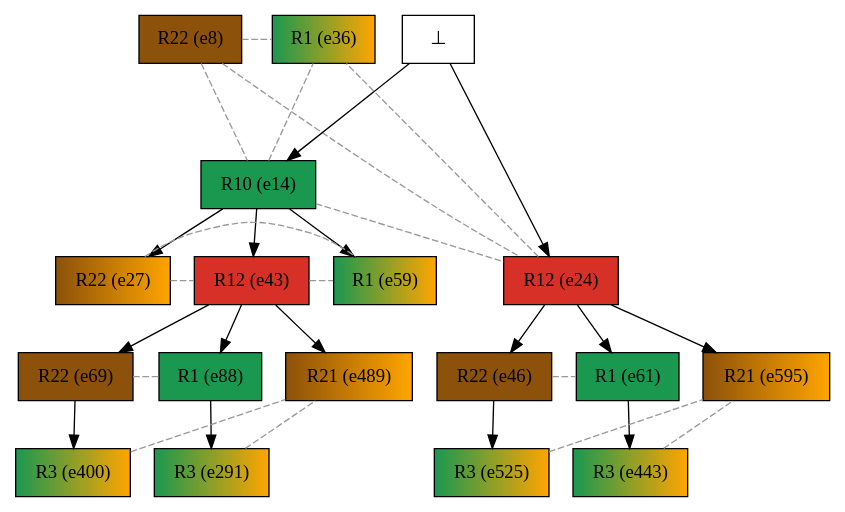
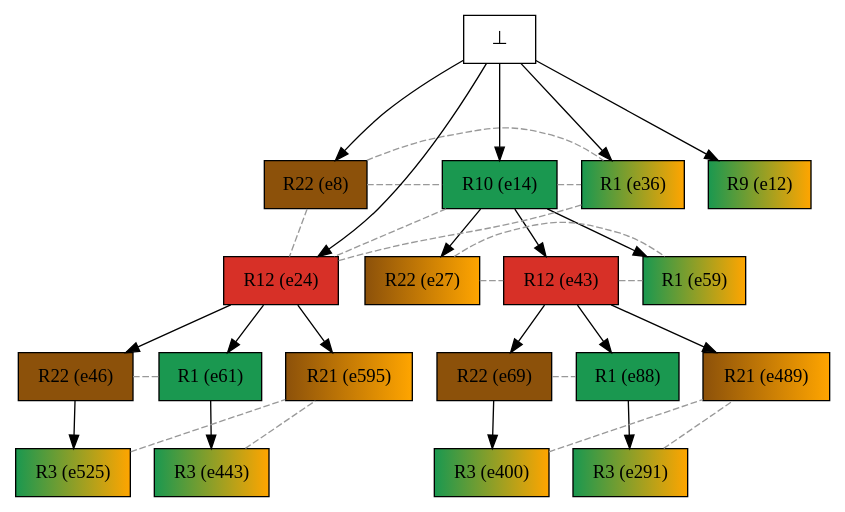
Before and after one commit to giannkas/ecofolder: the diagram in examples/oursin_tasmanie/mrk_instances/urc2alg+/sorted/tasmanie_urc2alg_19-30confs/tasmanie_urc2alg_19-30confs_colored_pathway.dot, drawn with Graphviz. The commit also changed 36 other files, not shown here.

```diff
--- a/examples/oursin_tasmanie/mrk_instances/urc2alg+/sorted/tasmanie_urc2alg_19-30confs/tasmanie_urc2alg_19-30confs_colored_pathway.dot
+++ b/examples/oursin_tasmanie/mrk_instances/urc2alg+/sorted/tasmanie_urc2alg_19-30confs/tasmanie_urc2alg_19-30confs_colored_pathway.dot
@@ -1,54 +1,58 @@
 digraph test {
 
 //conflicts
   e8 -> e14 [arrowhead=none color=gray60 style=dashed constraint=false];
   e8 -> e24 [arrowhead=none color=gray60 style=dashed constraint=false];
   e8 -> e36 [arrowhead=none color=gray60 style=dashed constraint=false];
   e14 -> e24 [arrowhead=none color=gray60 style=dashed constraint=false];
   e14 -> e36 [arrowhead=none color=gray60 style=dashed constraint=false];
   e24 -> e36 [arrowhead=none color=gray60 style=dashed constraint=false];
   e27 -> e43 [arrowhead=none color=gray60 style=dashed constraint=false];
   e27 -> e59 [arrowhead=none color=gray60 style=dashed constraint=false];
   e43 -> e59 [arrowhead=none color=gray60 style=dashed constraint=false];
   e46 -> e61 [arrowhead=none color=gray60 style=dashed constraint=false];
   e69 -> e88 [arrowhead=none color=gray60 style=dashed constraint=false];
   e291 -> e489 [arrowhead=none color=gray60 style=dashed constraint=false];
   e400 -> e489 [arrowhead=none color=gray60 style=dashed constraint=false];
   e443 -> e595 [arrowhead=none color=gray60 style=dashed constraint=false];
   e525 -> e595 [arrowhead=none color=gray60 style=dashed constraint=false];
 
   e14 -> e27 [minlen=1];
   e14 -> e59 [minlen=1];
   e88 -> e291 [minlen=1];
   e43 -> e88 [minlen=1];
   e14 -> e43 [minlen=1];
   e69 -> e400 [minlen=1];
   e43 -> e69 [minlen=1];
   e61 -> e443 [minlen=1];
   e24 -> e61 [minlen=1];
   e43 -> e489 [minlen=1];
   e46 -> e525 [minlen=1];
   e24 -> e46 [minlen=1];
   e24 -> e595 [minlen=1];
+  e0 -> e8 [minlen=2];
+  e0 -> e12 [minlen=2];
   e0 -> e14 [minlen=2];
   e0 -> e24 [minlen=3];
+  e0 -> e36 [minlen=2];
 
   e8 [color="black" fillcolor="#8c510a:#8c510a" label="R22 (e8)" shape=box style=filled];
+  e12 [color="black" fillcolor="#1a9850:orange" label="R9 (e12)" shape=box style=filled];
   e14 [color="black" fillcolor="#1a9850:#1a9850" label="R10 (e14)" shape=box style=filled];
   e24 [color="black" fillcolor="#d73027:#d73027" label="R12 (e24)" shape=box style=filled];
   e27 [color="black" fillcolor="#8c510a:orange" label="R22 (e27)" shape=box style=filled];
   e36 [color="black" fillcolor="#1a9850:orange" label="R1 (e36)" shape=box style=filled];
   e43 [color="black" fillcolor="#d73027:#d73027" label="R12 (e43)" shape=box style=filled];
   e46 [color="black" fillcolor="#8c510a:#8c510a" label="R22 (e46)" shape=box style=filled];
   e59 [color="black" fillcolor="#1a9850:orange" label="R1 (e59)" shape=box style=filled];
   e61 [color="black" fillcolor="#1a9850:#1a9850" label="R1 (e61)" shape=box style=filled];
   e69 [color="black" fillcolor="#8c510a:#8c510a" label="R22 (e69)" shape=box style=filled];
   e88 [color="black" fillcolor="#1a9850:#1a9850" label="R1 (e88)" shape=box style=filled];
   e291 [color="black" fillcolor="#1a9850:orange" label="R3 (e291)" shape=box style=filled];
   e400 [color="black" fillcolor="#1a9850:orange" label="R3 (e400)" shape=box style=filled];
   e443 [color="black" fillcolor="#1a9850:orange" label="R3 (e443)" shape=box style=filled];
   e489 [color="black" fillcolor="#8c510a:orange" label="R21 (e489)" shape=box style=filled];
   e525 [color="black" fillcolor="#1a9850:orange" label="R3 (e525)" shape=box style=filled];
   e595 [color="black" fillcolor="#8c510a:orange" label="R21 (e595)" shape=box style=filled];
   e0 [fillcolor="white" label="⊥" shape=box style=filled];
 }
```
